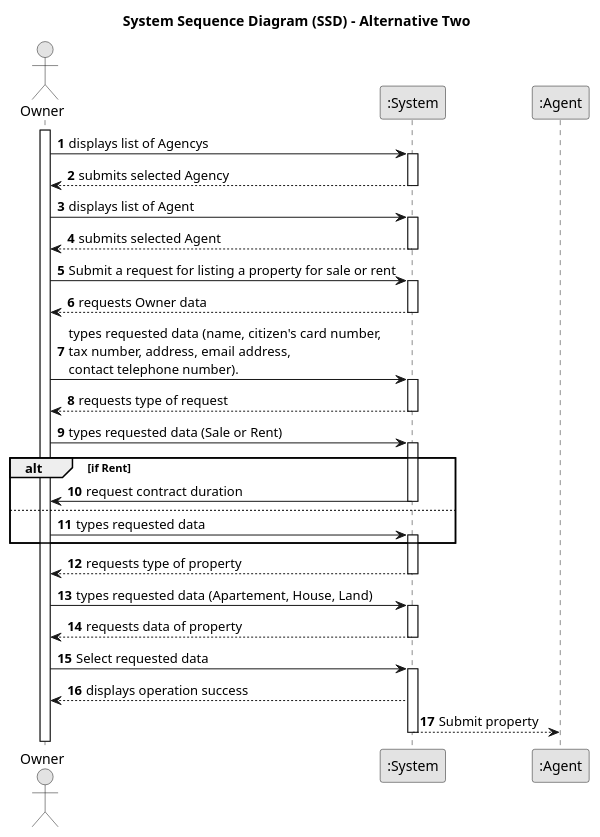
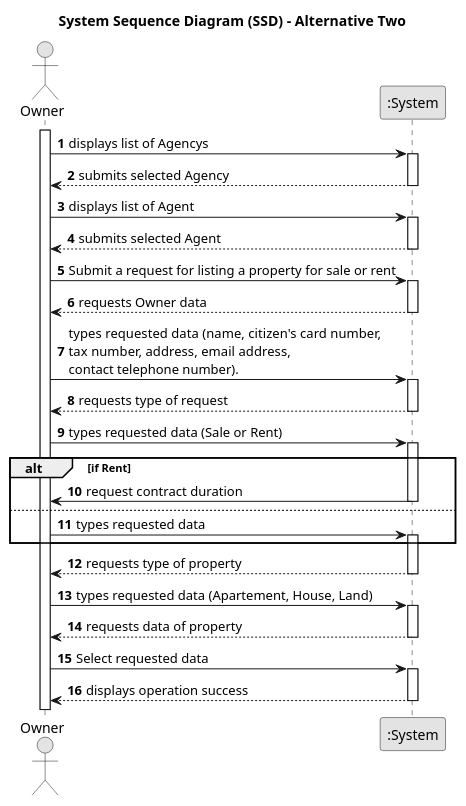
The diagram in docs/sprintB/us004/01.requirements-engineering/puml/us004-system-sequence-diagram-alternative-two.puml (Goncalves2525/real-estate-management-system), drawn with PlantUML before and after one commit. The commit also changed 1 other file, not shown here.

```diff
--- a/docs/sprintB/us004/01.requirements-engineering/puml/us004-system-sequence-diagram-alternative-two.puml
+++ b/docs/sprintB/us004/01.requirements-engineering/puml/us004-system-sequence-diagram-alternative-two.puml
@@ -1,73 +1,70 @@
 @startuml
 skinparam monochrome true
 skinparam packageStyle rectangle
 skinparam shadowing false
 
 title System Sequence Diagram (SSD) - Alternative Two
 
 autonumber
 
 actor "Owner" as Owner
 participant ":System" as System
-participant ":Agent" as Agent
 
 activate Owner
 
         Owner -> System : displays list of Agencys
     activate System
 
         System --> Owner :submits selected Agency
     deactivate System
 
         Owner -> System :displays list of Agent
     activate System
 
        System --> Owner : submits selected Agent
     deactivate System
 
         Owner -> System : Submit a request for listing a property for sale or rent
     activate System
 
         System --> Owner : requests Owner data
     deactivate System
 
         Owner -> System : types requested data (name, citizen's card number, \ntax number, address, email address, \ncontact telephone number).
     activate System
 
         System --> Owner : requests type of request
     deactivate System
 
 
         Owner -> System : types requested data (Sale or Rent)
     activate System
 
 
     alt if Rent
 
         System -> Owner: request contract duration
         deactivate System
     else
 
         Owner -> System: types requested data
         activate System
     end
 
         System --> Owner : requests type of property
     deactivate System
 
         Owner -> System : types requested data (Apartement, House, Land)
    activate System
 
             System --> Owner : requests data of property
     deactivate System
 
           Owner -> System : Select requested data
     activate System
 
         System --> Owner : displays operation success
 
-
-        System --> Agent : Submit property
     deactivate System
 
 @enduml
```
